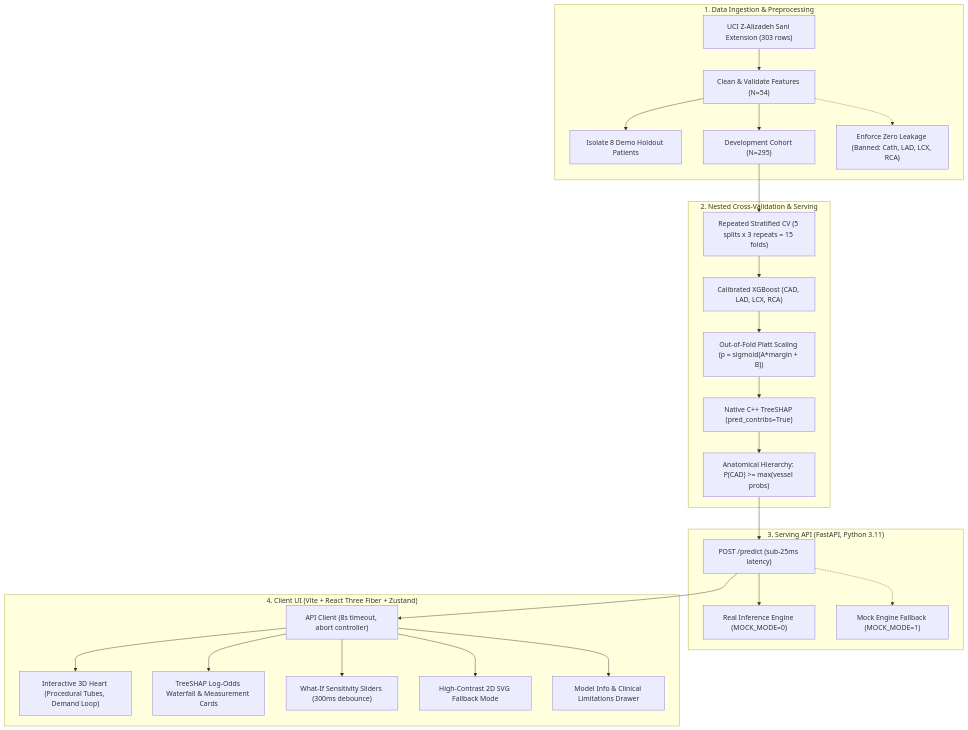
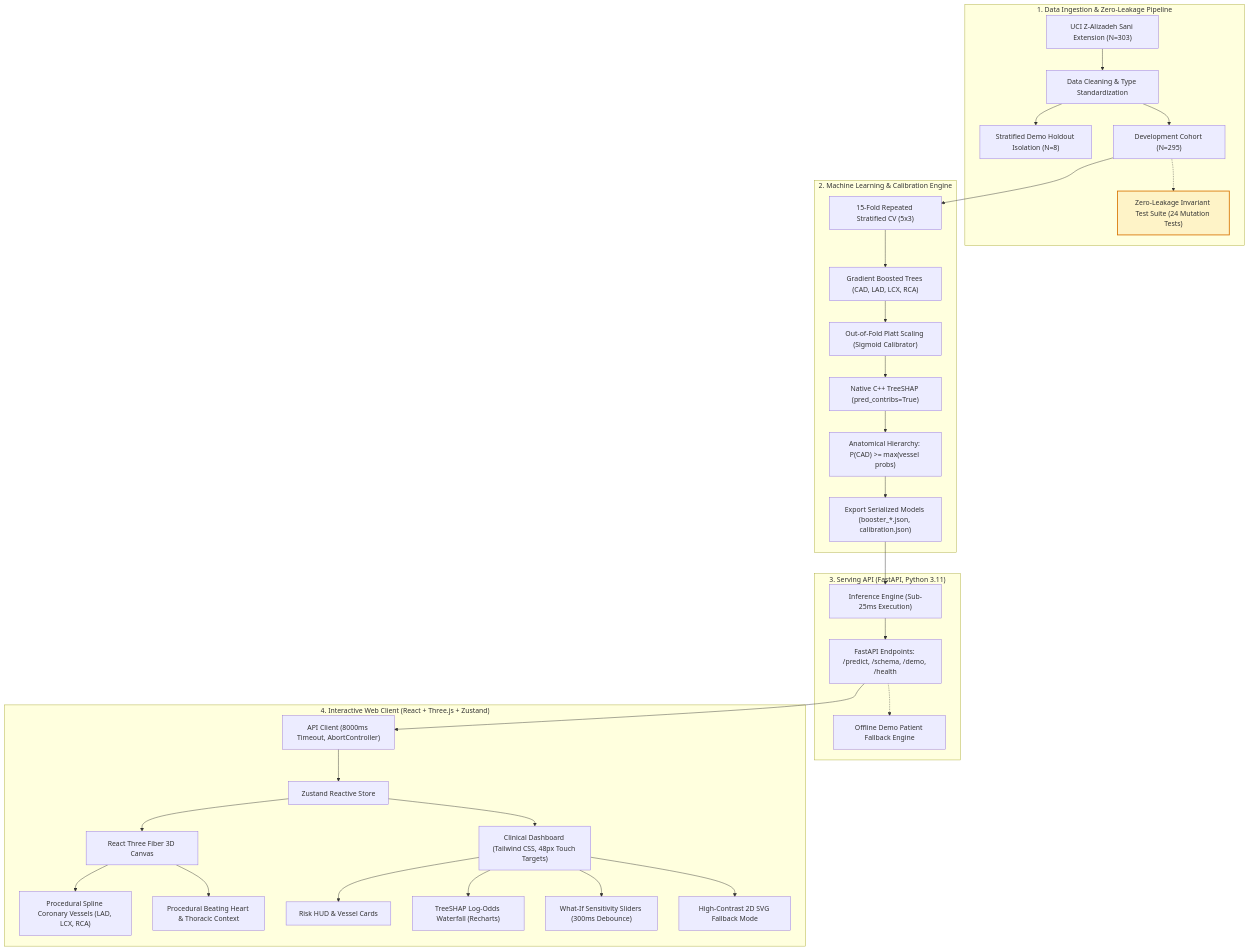
Before and after one commit to Sohaam007/cardiovision: the second of 5 diagrams in README.md, drawn with Mermaid. The commit also changed other lines of this file, not shown here.

````diff
--- a/README.md
+++ b/README.md
@@ -33,32 +124,38 @@
 ```mermaid
 flowchart TD
-    subgraph Data["1. Data Ingestion & Preprocessing"]
-        CSV["UCI Z-Alizadeh Sani Extension (303 rows)"] --> Clean["Clean & Validate Features (N=54)"]
-        Clean --> Holdout["Isolate 8 Demo Holdout Patients"]
-        Clean --> Dev["Development Cohort (N=295)"]
-        Clean -.-> NoLeak["Enforce Zero Leakage (Banned: Cath, LAD, LCX, RCA)"]
+    subgraph Layer1["1. Data Ingestion & Zero-Leakage Pipeline"]
+        RawCSV["UCI Z-Alizadeh Sani Extension (N=303)"] --> Parse["Data Cleaning & Type Standardization"]
+        Parse --> Holdout["Stratified Demo Holdout Isolation (N=8)"]
+        Parse --> TrainDev["Development Cohort (N=295)"]
+        TrainDev -.-> Guard["Zero-Leakage Invariant Test Suite (24 Mutation Tests)"]
+        style Guard fill:#fef3c7,stroke:#d97706,stroke-width:2px
     end
 
-    subgraph Modeling["2. Nested Cross-Validation & Serving"]
-        Dev --> RSKF["Repeated Stratified CV (5 splits x 3 repeats = 15 folds)"]
-        RSKF --> XGB["Calibrated XGBoost (CAD, LAD, LCX, RCA)"]
-        XGB --> Platt["Out-of-Fold Platt Scaling (p = sigmoid(A*margin + B))"]
+    subgraph Layer2["2. Machine Learning & Calibration Engine"]
+        TrainDev --> RSKF["15-Fold Repeated Stratified CV (5x3)"]
+        RSKF --> XGB["Gradient Boosted Trees (CAD, LAD, LCX, RCA)"]
+        XGB --> Platt["Out-of-Fold Platt Scaling (Sigmoid Calibrator)"]
         Platt --> TreeSHAP["Native C++ TreeSHAP (pred_contribs=True)"]
-        TreeSHAP --> Constraint["Anatomical Hierarchy: P(CAD) >= max(vessel probs)"]
+        TreeSHAP --> Hierarchy["Anatomical Hierarchy: P(CAD) >= max(vessel probs)"]
+        Hierarchy --> Weights["Export Serialized Models (booster_*.json, calibration.json)"]
     end
 
-    subgraph Backend["3. Serving API (FastAPI, Python 3.11)"]
-        Constraint --> PredictEndpoint["POST /predict (sub-25ms latency)"]
-        PredictEndpoint --> ParityCheck["Real Inference Engine (MOCK_MODE=0)"]
-        PredictEndpoint -.-> FallbackMode["Mock Engine Fallback (MOCK_MODE=1)"]
+    subgraph Layer3["3. Serving API (FastAPI, Python 3.11)"]
+        Weights --> Engine["Inference Engine (Sub-25ms Execution)"]
+        Engine --> FastAPIRoutes["FastAPI Endpoints: /predict, /schema, /demo, /health"]
+        FastAPIRoutes -.-> Mock["Offline Demo Patient Fallback Engine"]
     end
 
-    subgraph Frontend["4. Client UI (Vite + React Three Fiber + Zustand)"]
-        PredictEndpoint --> ClientAPI["API Client (8s timeout, abort controller)"]
-        ClientAPI --> Viewer3D["Interactive 3D Heart (Procedural Tubes, Demand Loop)"]
-        ClientAPI --> Explainer["TreeSHAP Log-Odds Waterfall & Measurement Cards"]
-        ClientAPI --> Sensitivity["What-If Sensitivity Sliders (300ms debounce)"]
-        ClientAPI --> Fallback2D["High-Contrast 2D SVG Fallback Mode"]
-        ClientAPI --> Drawer["Model Info & Clinical Limitations Drawer"]
+    subgraph Layer4["4. Interactive Web Client (React + Three.js + Zustand)"]
+        FastAPIRoutes --> APIClient["API Client (8000ms Timeout, AbortController)"]
+        APIClient --> Store["Zustand Reactive Store"]
+        Store --> ThreeScene["React Three Fiber 3D Canvas"]
+        ThreeScene --> Tubes["Procedural Spline Coronary Vessels (LAD, LCX, RCA)"]
+        ThreeScene --> BeatingMesh["Procedural Beating Heart & Thoracic Context"]
+        Store --> UI["Clinical Dashboard (Tailwind CSS, 48px Touch Targets)"]
+        UI --> Cards["Risk HUD & Vessel Cards"]
+        UI --> Waterfall["TreeSHAP Log-Odds Waterfall (Recharts)"]
+        UI --> Levers["What-If Sensitivity Sliders (300ms Debounce)"]
+        UI --> SVGMode["High-Contrast 2D SVG Fallback Mode"]
     end
 ```
````
